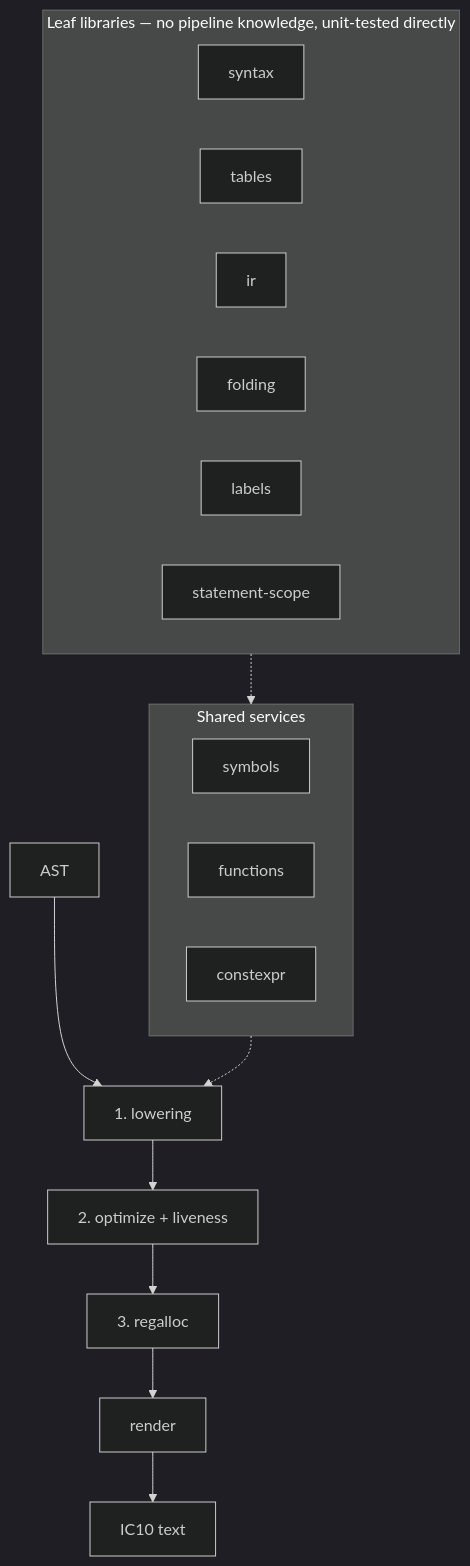
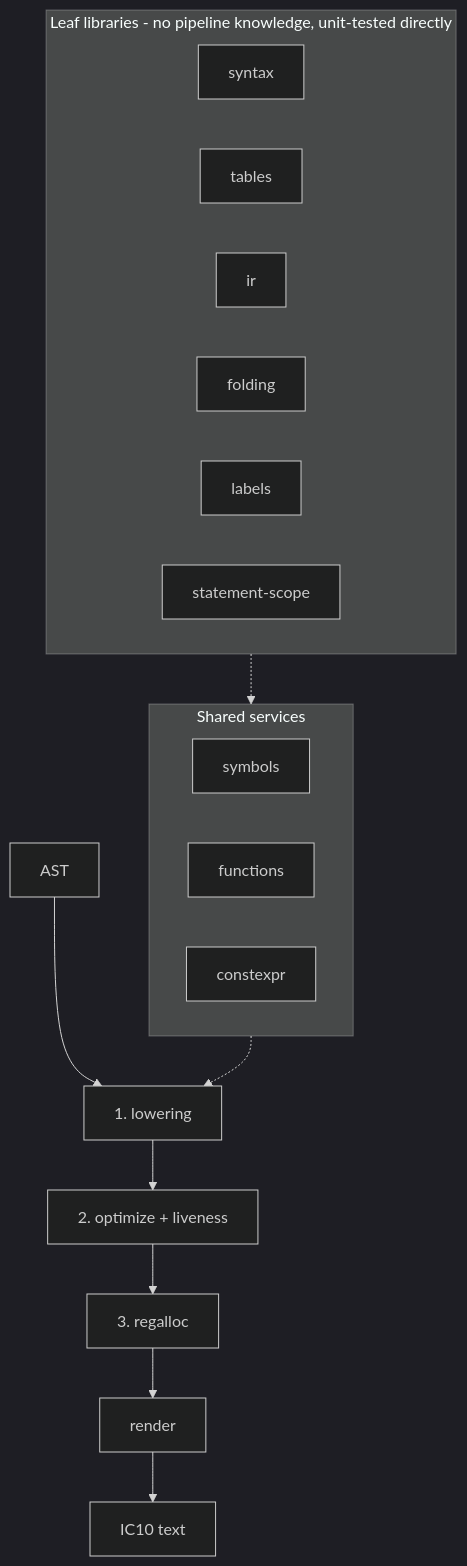
One commit to Emmennater/IC10-Compiler changed the diagram in README.md. Above: the diagram before and after it, drawn with Mermaid (dark theme). The commit also changed other lines of this file and 18 other files, not shown here.

````diff
--- a/README.md
+++ b/README.md
@@ -21,25 +21,25 @@
 ```mermaid
 flowchart TB
-  subgraph leaf["Leaf libraries — no pipeline knowledge, unit-tested directly"]
+  subgraph leaf["Leaf libraries - no pipeline knowledge, unit-tested directly"]
     direction LR
     SY[syntax]
     TB[tables]
     IR[ir]
     FO[folding]
     LB[labels]
     ST[statement-scope]
   end
   subgraph svc["Shared services"]
     direction LR
     SYM[symbols]
     FN[functions]
     CE[constexpr]
   end
   A[AST] --> P1["1. lowering"]
   P1 --> P2["2. optimize + liveness"]
   P2 --> P3["3. regalloc"]
   P3 --> P4["render"]
   P4 --> Z[IC10 text]
   leaf -.-> svc
   svc -.-> P1
 ```
````
